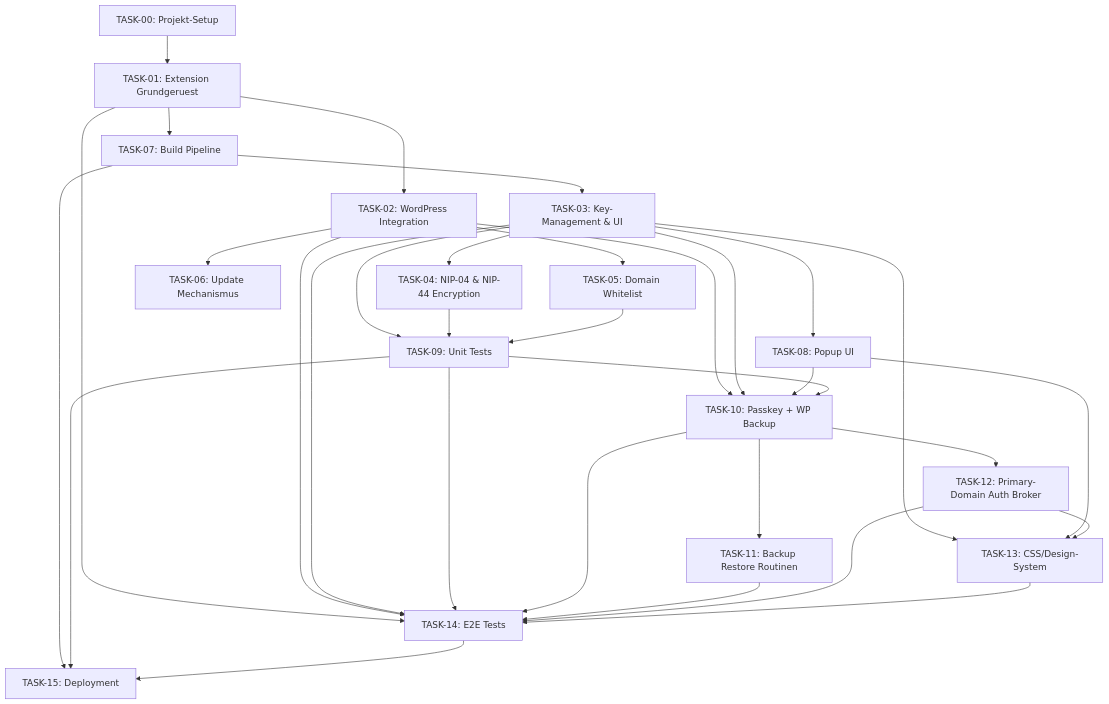
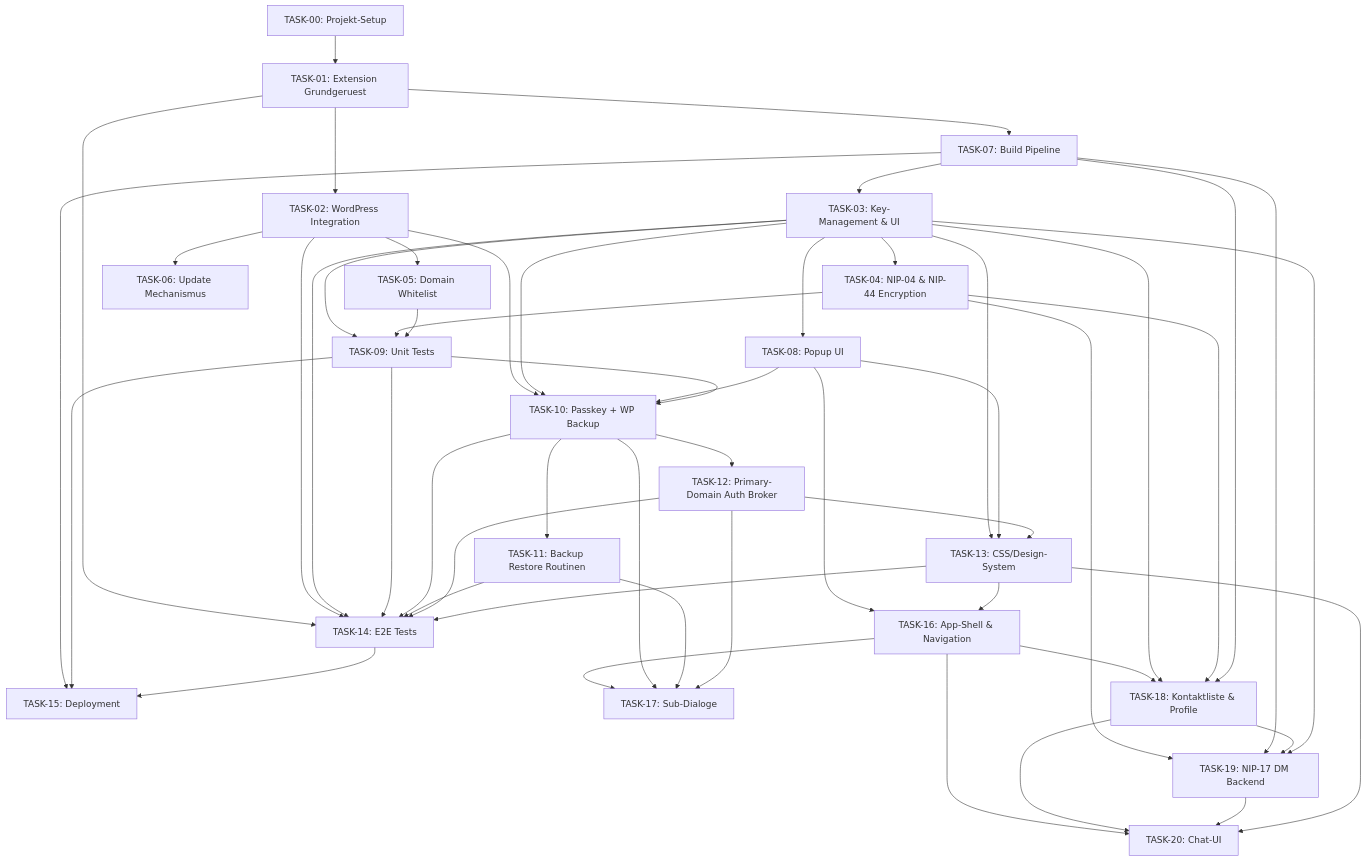
Before and after one commit to johappel/wp-nostr-nip7-browser-extension: the diagram in tasks/TASK-00-Projekt-Uebersicht.md, drawn with Mermaid. The commit also changed other lines of this file and 5 other files, not shown here.

First line of the commit message:
feat: Implement NIP-17 Gift-Wrapped Direct Messages backend and Chat UI with contact list and messaging features

````diff
--- a/tasks/TASK-00-Projekt-Uebersicht.md
+++ b/tasks/TASK-00-Projekt-Uebersicht.md
@@ -46,34 +46,54 @@
 ```mermaid
 flowchart TD
     T00[TASK-00: Projekt-Setup] --> T01[TASK-01: Extension Grundgeruest]
     T01 --> T07[TASK-07: Build Pipeline]
     T01 --> T02[TASK-02: WordPress Integration]
     T07 --> T03[TASK-03: Key-Management & UI]
     T03 --> T04[TASK-04: NIP-04 & NIP-44 Encryption]
     T03 --> T08[TASK-08: Popup UI]
     T02 --> T05[TASK-05: Domain Whitelist]
     T02 --> T06[TASK-06: Update Mechanismus]
     T03 --> T09[TASK-09: Unit Tests]
     T04 --> T09
     T05 --> T09
     T02 --> T10[TASK-10: Passkey + WP Backup]
     T03 --> T10
     T08 --> T10
     T09 --> T10
     T10 --> T11[TASK-11: Backup Restore Routinen]
     T10 --> T12[TASK-12: Primary-Domain Auth Broker]
     T03 --> T13[TASK-13: CSS/Design-System]
     T08 --> T13
     T12 --> T13
     T01 --> T14[TASK-14: E2E Tests]
     T02 --> T14
     T03 --> T14
     T09 --> T14
     T10 --> T14
     T11 --> T14
     T12 --> T14
     T13 --> T14
     T07 --> T15[TASK-15: Deployment]
     T09 --> T15
     T14 --> T15
+
+    %% Neue Tasks: Popup-Redesign & Messaging
+    T08 --> T16[TASK-16: App-Shell & Navigation]
+    T13 --> T16
+    T16 --> T17[TASK-17: Sub-Dialoge]
+    T10 --> T17
+    T11 --> T17
+    T12 --> T17
+    T16 --> T18[TASK-18: Kontaktliste & Profile]
+    T03 --> T18
+    T04 --> T18
+    T07 --> T18
+    T04 --> T19[TASK-19: NIP-17 DM Backend]
+    T07 --> T19
+    T18 --> T19
+    T03 --> T19
+    T16 --> T20[TASK-20: Chat-UI]
+    T18 --> T20
+    T19 --> T20
+    T13 --> T20
 ```
````
